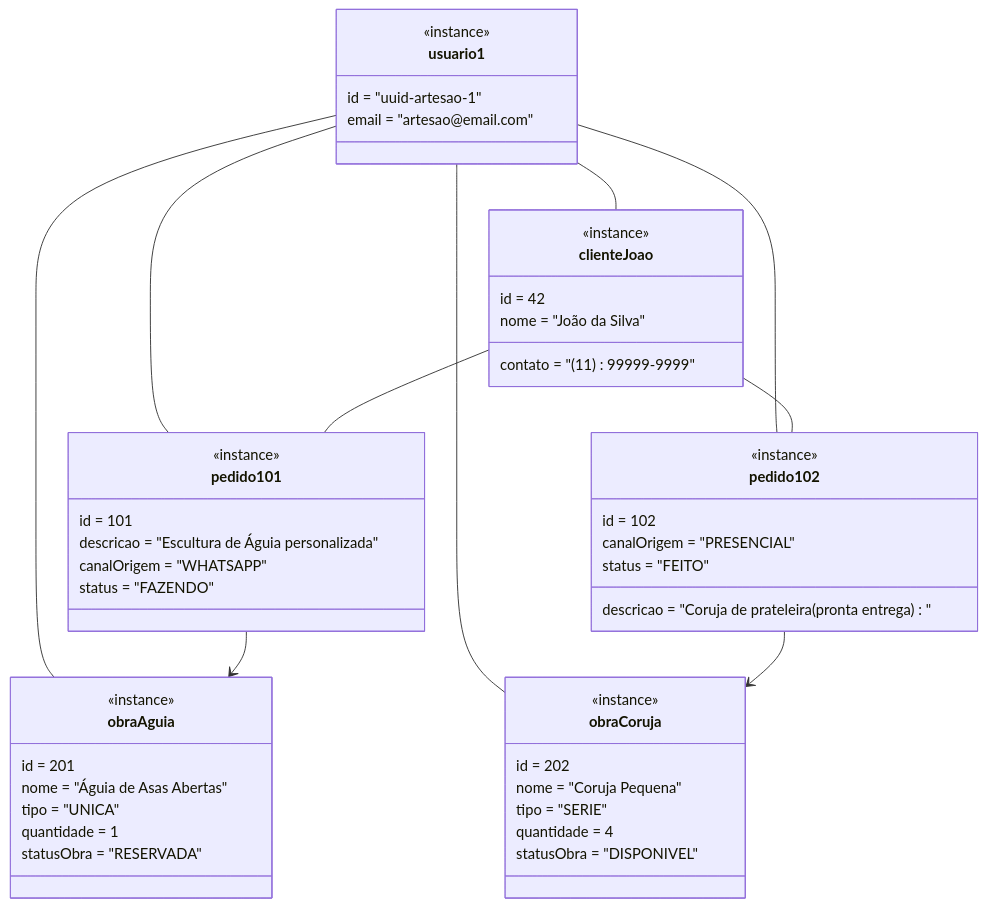
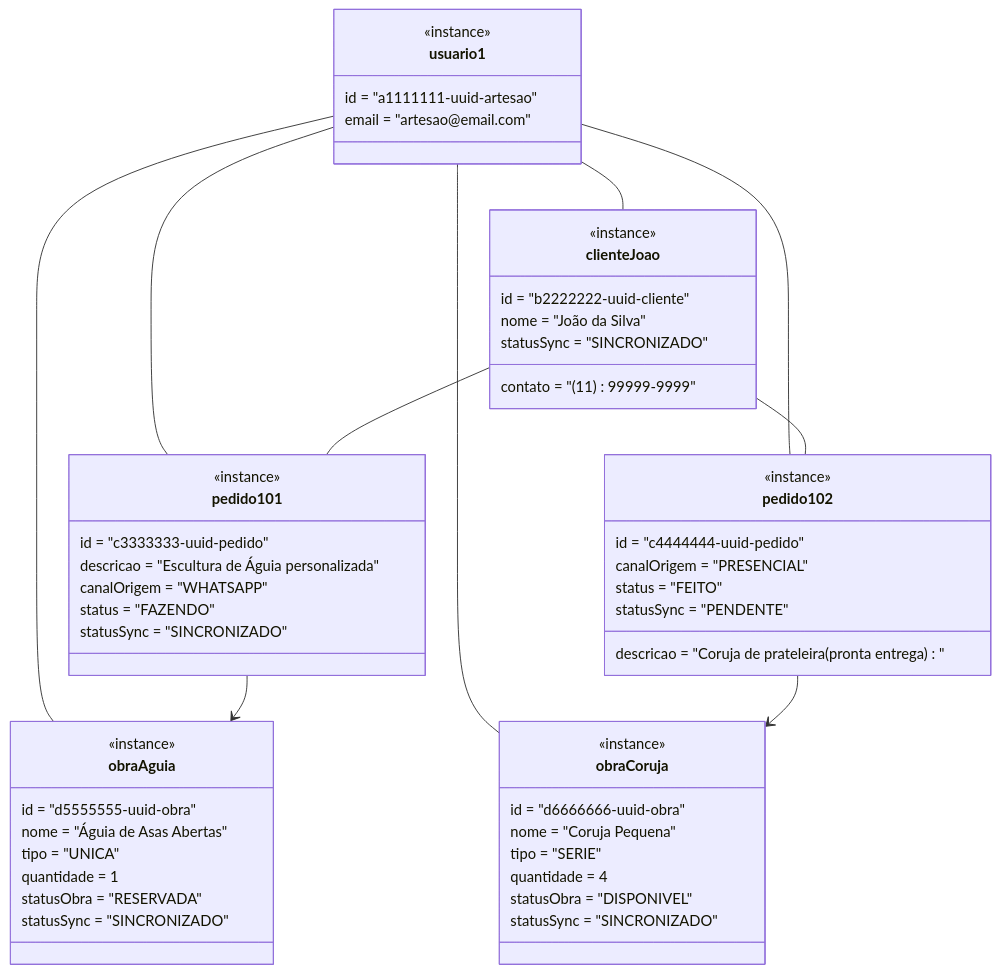
Before and after one commit to rmofilh/ate: the fifth of 14 diagrams in docs/ate-fase2.md, drawn with Mermaid. The commit also changed other lines of this file and 13 other files, not shown here.

````diff
--- a/docs/ate-fase2.md
+++ b/docs/ate-fase2.md
@@ -699,64 +807,69 @@
 ```mermaid
 classDiagram
     class usuario1 {
         <<instance>>
-        id = "uuid-artesao-1"
+        id = "a1111111-uuid-artesao"
         email = "artesao@email.com"
     }
 
     class clienteJoao {
         <<instance>>
-        id = 42
+        id = "b2222222-uuid-cliente"
         nome = "João da Silva"
         contato = "(11) 99999-9999"
+        statusSync = "SINCRONIZADO"
     }
 
     class pedido101 {
         <<instance>>
-        id = 101
+        id = "c3333333-uuid-pedido"
         descricao = "Escultura de Águia personalizada"
         canalOrigem = "WHATSAPP"
         status = "FAZENDO"
+        statusSync = "SINCRONIZADO"
     }
 
     class pedido102 {
         <<instance>>
-        id = 102
+        id = "c4444444-uuid-pedido"
         descricao = "Coruja de prateleira (pronta entrega)"
         canalOrigem = "PRESENCIAL"
         status = "FEITO"
+        statusSync = "PENDENTE"
     }
 
     class obraAguia {
         <<instance>>
-        id = 201
+        id = "d5555555-uuid-obra"
         nome = "Águia de Asas Abertas"
         tipo = "UNICA"
         quantidade = 1
         statusObra = "RESERVADA"
+        statusSync = "SINCRONIZADO"
     }
 
     class obraCoruja {
         <<instance>>
-        id = 202
+        id = "d6666666-uuid-obra"
         nome = "Coruja Pequena"
         tipo = "SERIE"
         quantidade = 4
         statusObra = "DISPONIVEL"
+        statusSync = "SINCRONIZADO"
     }
 
     %% Associações Usuario -> Entidades (escopo por usuario_id)
     usuario1 -- clienteJoao
     usuario1 -- pedido101
     usuario1 -- pedido102
     usuario1 -- obraAguia
     usuario1 -- obraCoruja
 
     %% Associações Cliente <-> Pedido
     clienteJoao -- pedido101
     clienteJoao -- pedido102
 
     %% Associações Pedido -> Obra
     pedido101 --> obraAguia
     pedido102 --> obraCoruja
 ```
````
